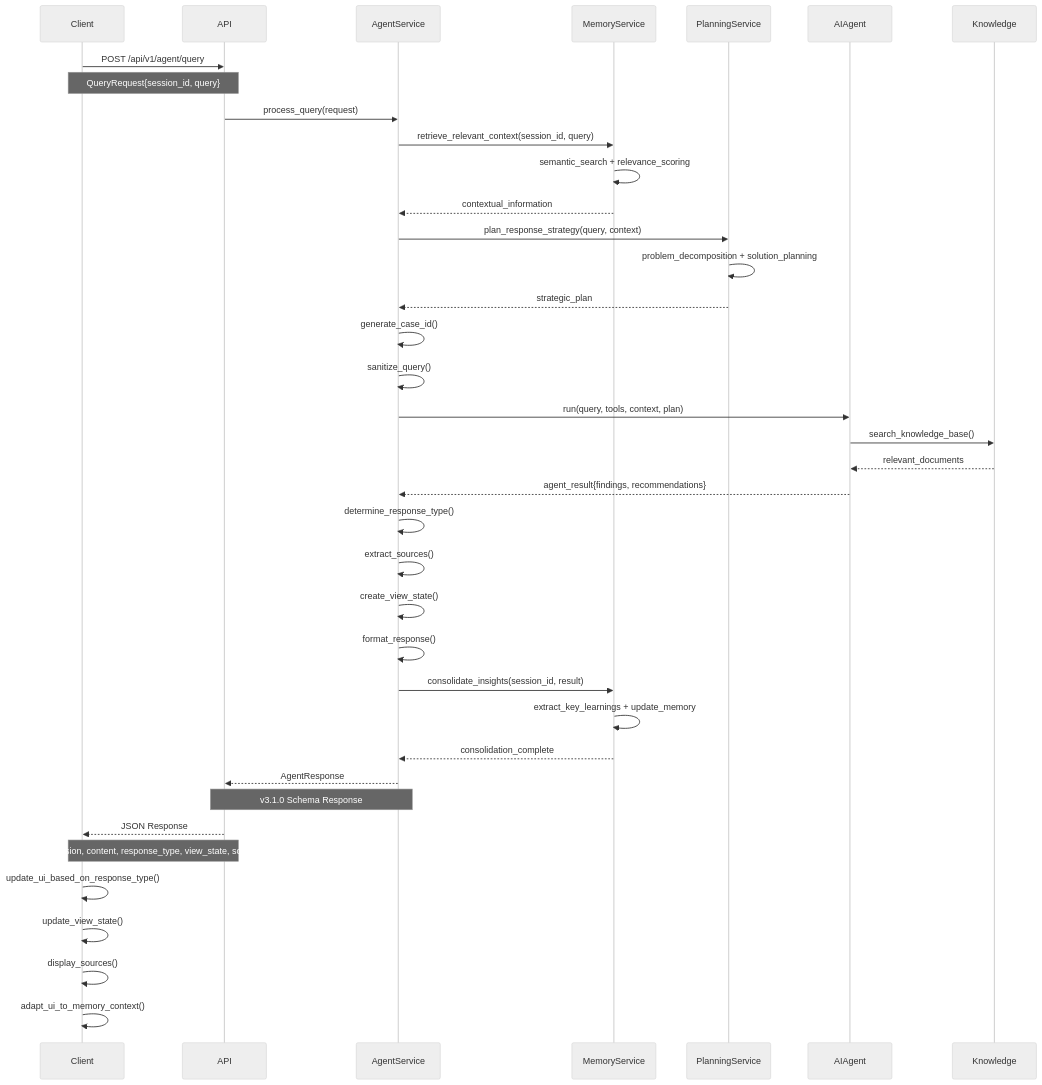
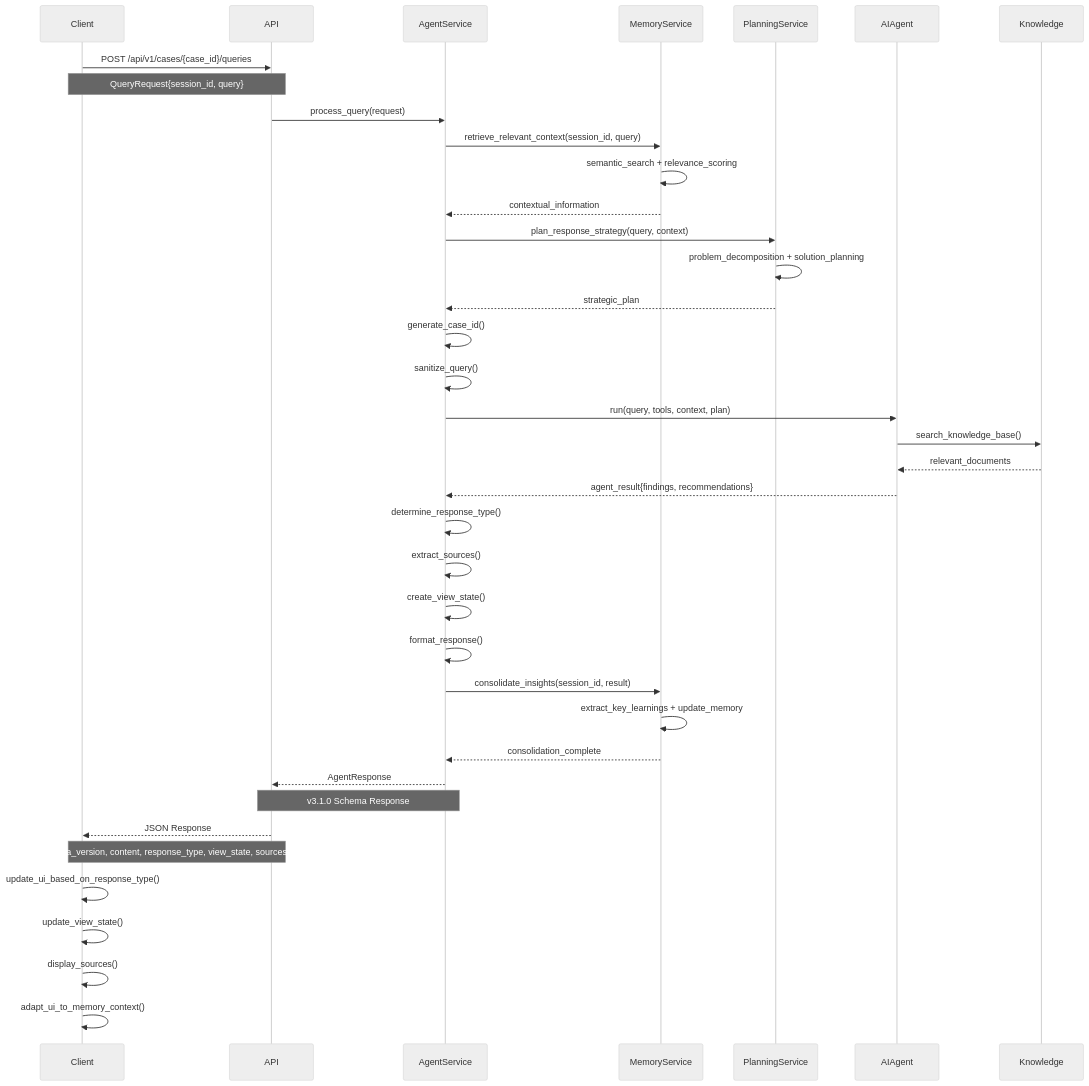
Diagram 12 of 13 in docs/architecture/SYSTEM_ARCHITECTURE.md (FaultMaven/FaultMaven-Mono), drawn with Mermaid (neutral theme) before and after one commit. The commit also changed other lines of this file and 46 other files, not shown here.

````diff
--- a/docs/architecture/SYSTEM_ARCHITECTURE.md
+++ b/docs/architecture/SYSTEM_ARCHITECTURE.md
@@ -886,56 +887,56 @@
 ```mermaid
 sequenceDiagram
     participant Client
     participant API
     participant AgentService
     participant MemoryService
     participant PlanningService
     participant AIAgent
     participant Knowledge
     
-    Client->>API: POST /api/v1/agent/query
+    Client->>API: POST /api/v1/cases/{case_id}/queries
     Note over Client,API: QueryRequest{session_id, query}
     
     API->>AgentService: process_query(request)
     
     %% Memory and Context Retrieval
     AgentService->>MemoryService: retrieve_relevant_context(session_id, query)
     MemoryService->>MemoryService: semantic_search + relevance_scoring
     MemoryService-->>AgentService: contextual_information
     
     %% Strategic Planning
     AgentService->>PlanningService: plan_response_strategy(query, context)
     PlanningService->>PlanningService: problem_decomposition + solution_planning
     PlanningService-->>AgentService: strategic_plan
     
     AgentService->>AgentService: generate_case_id()
     AgentService->>AgentService: sanitize_query()
     
     AgentService->>AIAgent: run(query, tools, context, plan)
     AIAgent->>Knowledge: search_knowledge_base()
     Knowledge-->>AIAgent: relevant_documents
     
     AIAgent-->>AgentService: agent_result{findings, recommendations}
     
     %% Response Construction
     AgentService->>AgentService: determine_response_type()
     AgentService->>AgentService: extract_sources()
     AgentService->>AgentService: create_view_state()
     AgentService->>AgentService: format_response()
     
     %% Memory Consolidation
     AgentService->>MemoryService: consolidate_insights(session_id, result)
     MemoryService->>MemoryService: extract_key_learnings + update_memory
     MemoryService-->>AgentService: consolidation_complete
     
     AgentService-->>API: AgentResponse
     Note over AgentService,API: v3.1.0 Schema Response
     
     API-->>Client: JSON Response
     Note over API,Client: {schema_version, content, response_type, view_state, sources, plan?}
     
     Client->>Client: update_ui_based_on_response_type()
     Client->>Client: update_view_state()
     Client->>Client: display_sources()
     Client->>Client: adapt_ui_to_memory_context()
 ```
````
